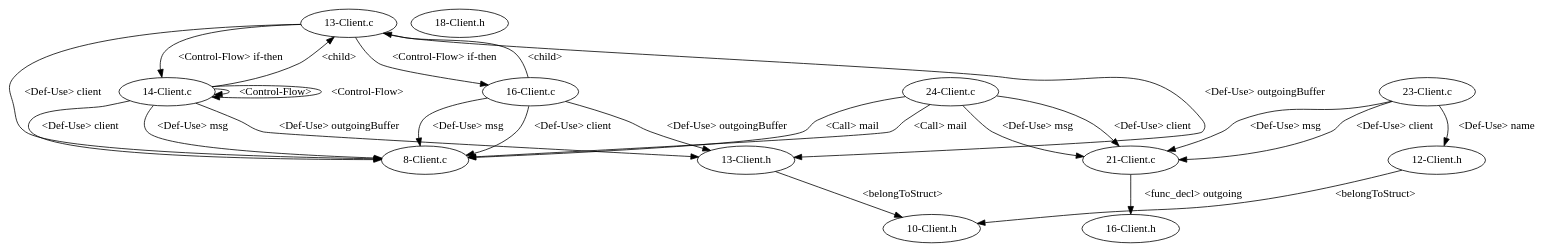
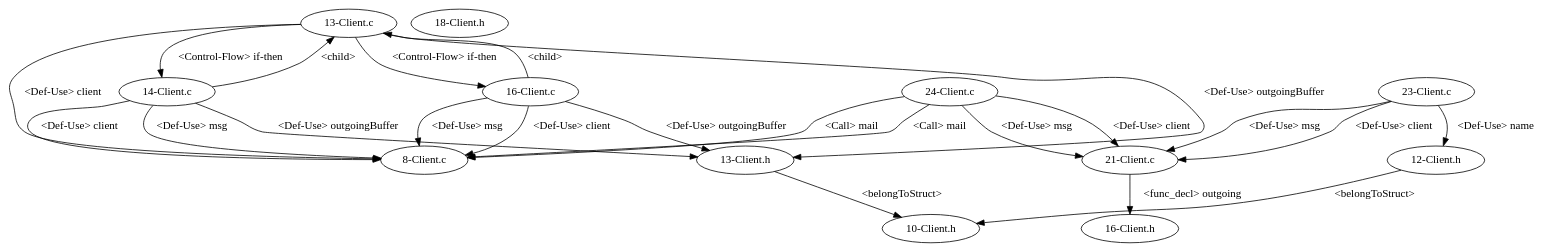
Before and after one commit to shuiblue/JDimeForCpp: the diagram in testcpp/dependencyGraph/EmailSystem/test_11/graph.gv, drawn with Graphviz. The commit also changed 14 other files, not shown here.

```diff
--- a/testcpp/dependencyGraph/EmailSystem/test_11/graph.gv
+++ b/testcpp/dependencyGraph/EmailSystem/test_11/graph.gv
@@ -1,38 +1,36 @@
 digraph {
 1 [label = "8-Client.c"];
 2 [label = "13-Client.c"];
 2 -> 1[label="<Def-Use> client"];
 3 [label = "14-Client.c"];
 3 -> 1[label="<Def-Use> client"];
 3 -> 1[label="<Def-Use> msg"];
 3 -> 2[label="<child>"];
 4 [label = "16-Client.c"];
 4 -> 1[label="<Def-Use> client"];
 4 -> 2[label="<child>"];
 4 -> 1[label="<Def-Use> msg"];
 2 -> 3[label="<Control-Flow> if-then"];
-3 -> 3[label="<Control-Flow>"];
-3 -> 3[label="<Control-Flow>"];
 2 -> 4[label="<Control-Flow> if-then"];
 5 [label = "21-Client.c"];
 6 [label = "23-Client.c"];
 6 -> 5[label="<Def-Use> msg"];
 6 -> 5[label="<Def-Use> client"];
 7 [label = "24-Client.c"];
 7 -> 1[label="<Call> mail"];
 7 -> 5[label="<Def-Use> client"];
 7 -> 5[label="<Def-Use> msg"];
 8 [label = "10-Client.h"];
 9 [label = "12-Client.h"];
 10 [label = "13-Client.h"];
 9 -> 8[label="<belongToStruct>"];
 10 -> 8[label="<belongToStruct>"];
 11 [label = "16-Client.h"];
 12 [label = "18-Client.h"];
+6 -> 9[label="<Def-Use> name"];
 3 -> 10[label="<Def-Use> outgoingBuffer"];
+4 -> 10[label="<Def-Use> outgoingBuffer"];
 7 -> 1[label="<Call> mail"];
 2 -> 10[label="<Def-Use> outgoingBuffer"];
-4 -> 10[label="<Def-Use> outgoingBuffer"];
-6 -> 9[label="<Def-Use> name"];
 5 -> 11[label="<func_decl> outgoing"];
 }
```
